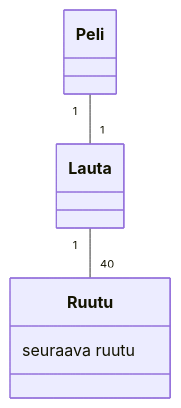
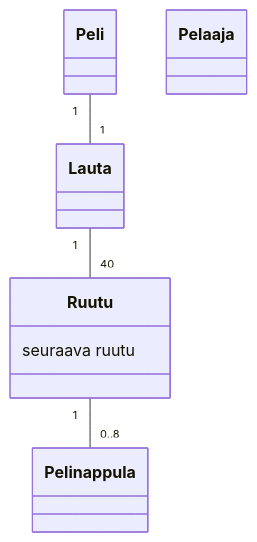
One commit to phuvio/ot-harjoitustyo changed the diagram in laskarit/viikko3/monopoli.md. Above: the diagram before and after it, drawn with Mermaid.

````diff
--- a/laskarit/viikko3/monopoli.md
+++ b/laskarit/viikko3/monopoli.md
@@ -3,12 +3,18 @@
 ```mermaid
  classDiagram
       Peli "1"--"1" Lauta
       Lauta "1"--"40" Ruutu
+      Ruutu "1"--"0..8" Pelinappula
       class Peli{
       }
       class Lauta{
       }
       class Ruutu{
       seuraava ruutu
       }
+      class Pelaaja{
+      }
+      class Pelinappula{
+      }
+      
 ```
````
